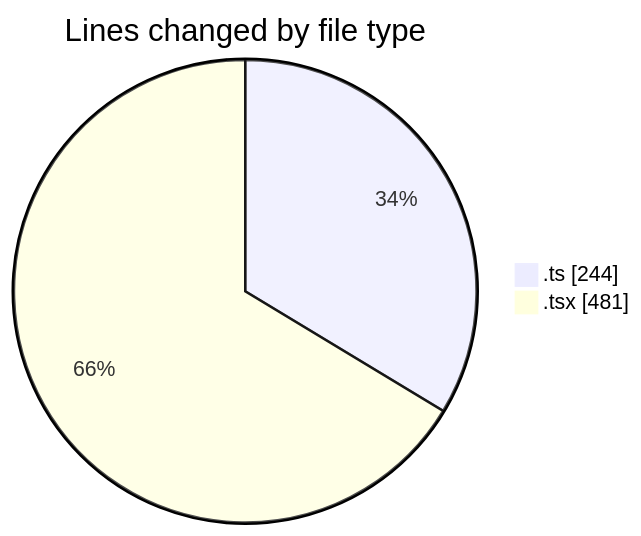
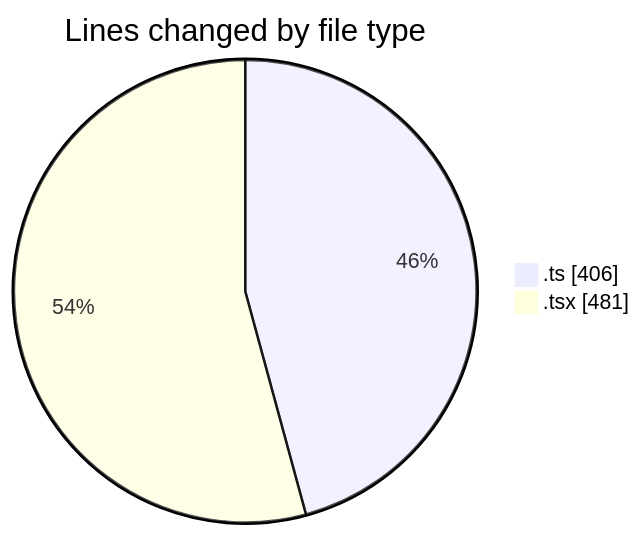
One commit to nxtqubesakshisongat/code-tracking changed the first of 2 diagrams in 2026-05-06/nxtqube_webapp/README.md. Above: the diagram before and after it, drawn with Mermaid. The commit also changed other lines of this file and 1 other file, not shown here.

````diff
--- a/2026-05-06/nxtqube_webapp/README.md
+++ b/2026-05-06/nxtqube_webapp/README.md
@@ -22,6 +22,6 @@
 ```mermaid
 pie showData
 title Lines changed by file type
-".ts" : 244
+".ts" : 406
 ".tsx" : 481
 ```
````
